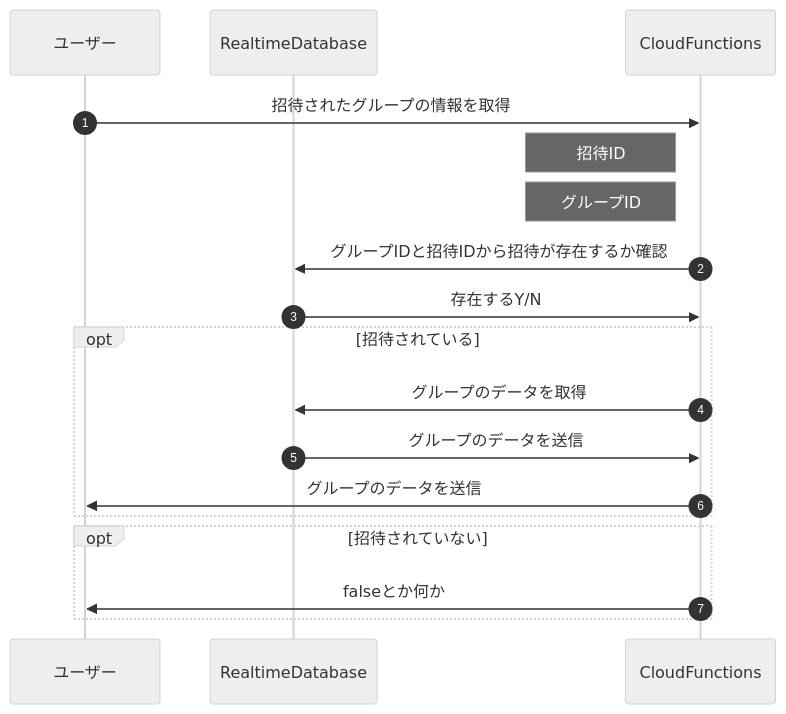
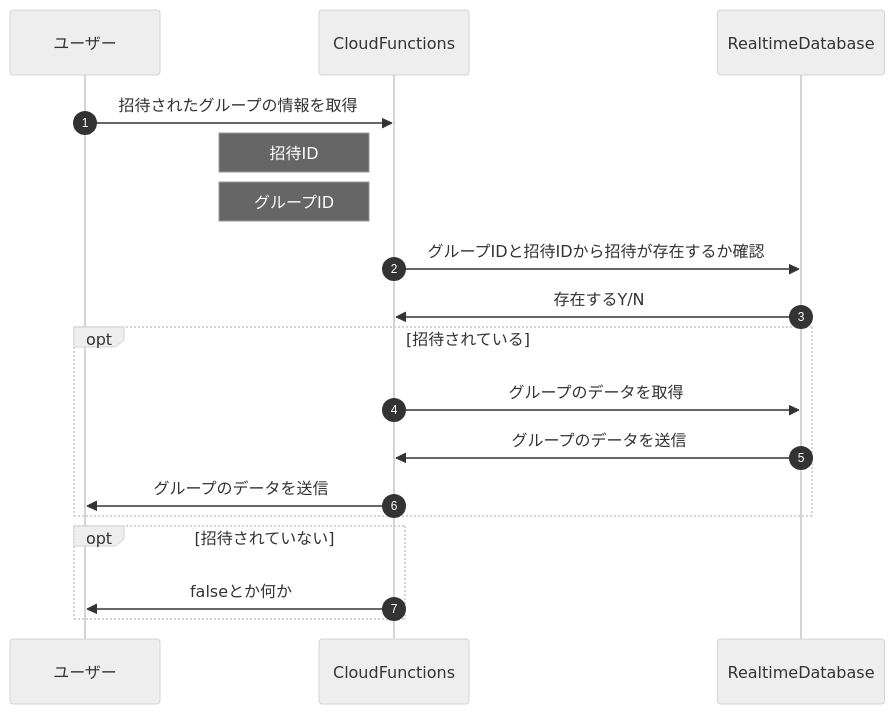
The diagram in README.md (Ampoi/stask), drawn with Mermaid (neutral theme) before and after one commit. The commit also changed other lines of this file and 4 other files, not shown here.

````diff
--- a/README.md
+++ b/README.md
@@ -5,25 +5,25 @@
 ```mermaid
 sequenceDiagram
     autonumber
     participant client as ユーザー
+    participant cloud as CloudFunctions
     participant db as RealtimeDatabase
-    participant cloud as CloudFunctions
     
     client ->> cloud : 招待されたグループの情報を取得
     Note left of cloud: 招待ID
     Note left of cloud: グループID
 
     cloud ->> db : グループIDと招待IDから招待が存在するか確認
     db ->> cloud : 存在するY/N
 
     opt 招待されている
         cloud ->> db : グループのデータを取得
         db ->> cloud : グループのデータを送信
 
         cloud ->> client : グループのデータを送信
     end
 
     opt 招待されていない
         cloud ->> client : falseとか何か
     end
 ```
````
